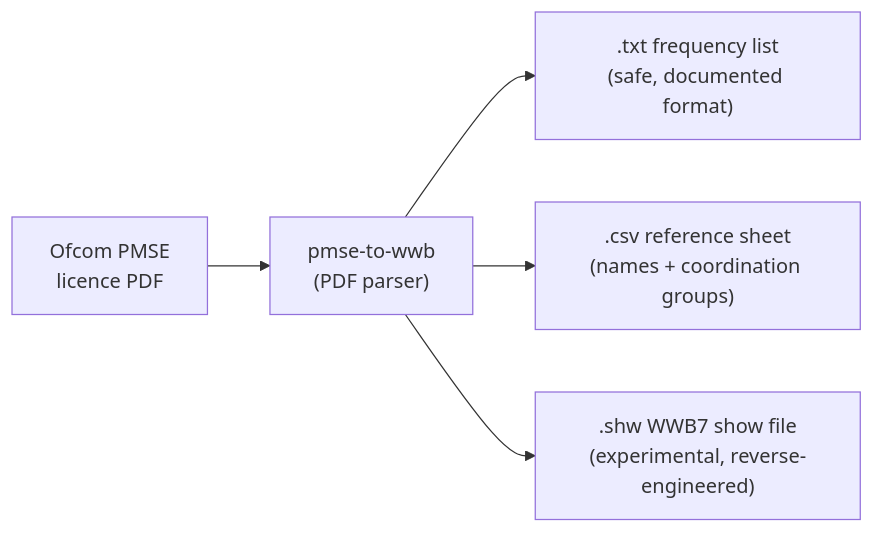
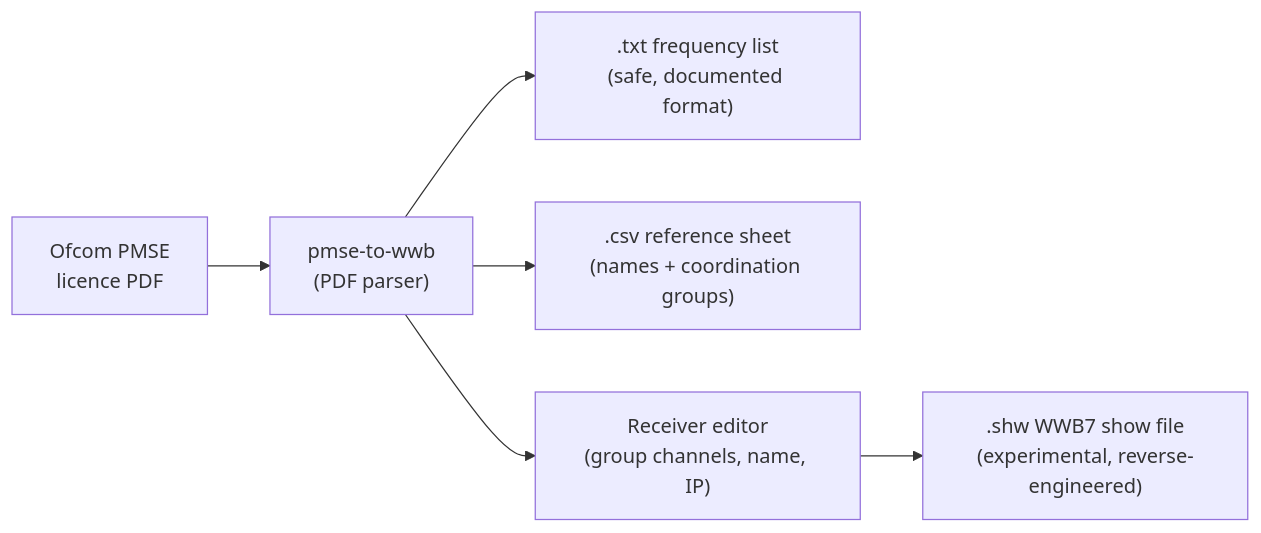
One commit to stoatworks-labs/pmse-to-wwb changed the diagram in README.md. Above: the diagram before and after it, drawn with Mermaid. The commit also changed other lines of this file and 8 other files, not shown here.

````diff
--- a/README.md
+++ b/README.md
@@ -14,7 +14,8 @@
 ```mermaid
 flowchart LR
     PDF["Ofcom PMSE<br/>licence PDF"] --> APP["pmse-to-wwb<br/>(PDF parser)"]
     APP --> TXT[".txt frequency list<br/>(safe, documented format)"]
     APP --> CSV[".csv reference sheet<br/>(names + coordination groups)"]
-    APP --> SHW[".shw WWB7 show file<br/>(experimental, reverse-engineered)"]
+    APP --> EDIT["Receiver editor<br/>(group channels, name, IP)"]
+    EDIT --> SHW[".shw WWB7 show file<br/>(experimental, reverse-engineered)"]
 ```
````
